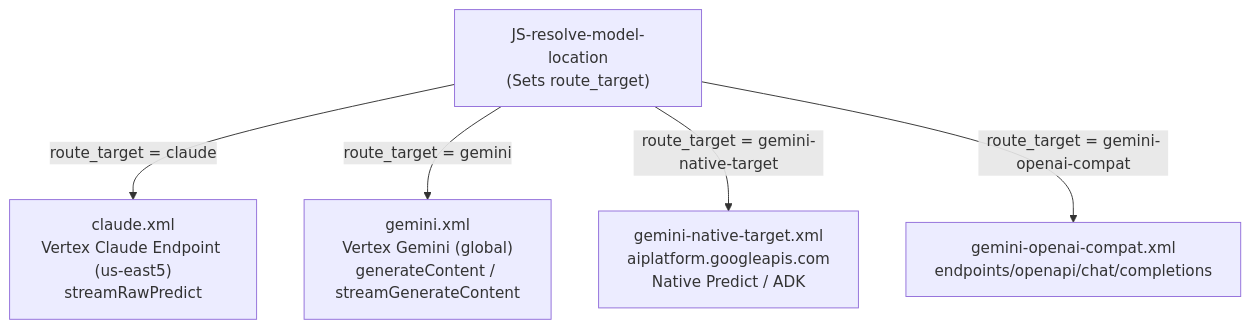
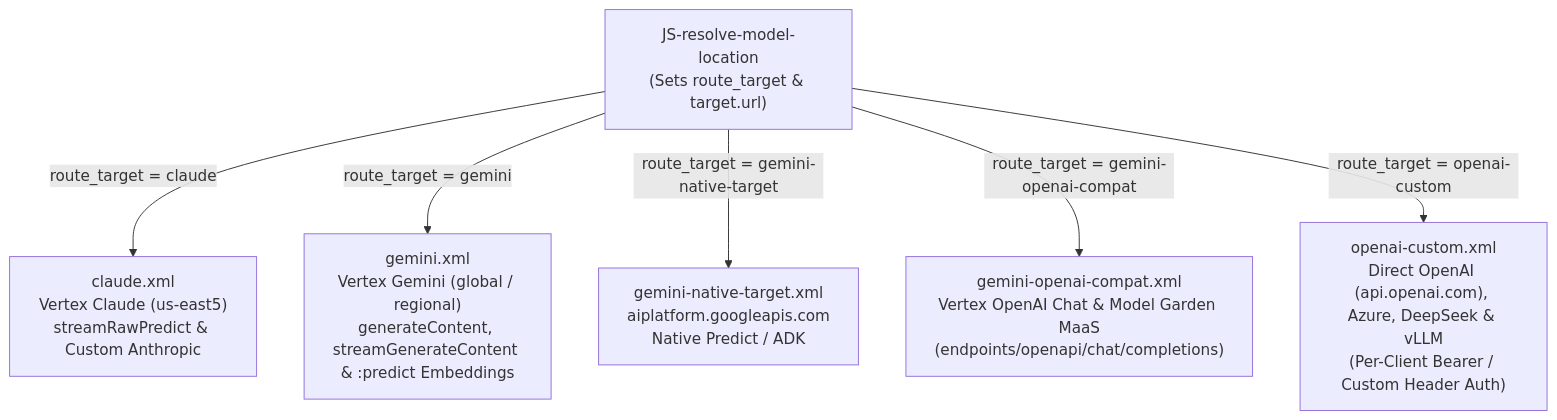
The diagram in docs/proxy-deep-dive/targets-and-routing.md (ra2085/ai-gw-sample), drawn with Mermaid before and after one commit. The commit also changed other lines of this file and 137 other files, not shown here.

````diff
--- a/docs/proxy-deep-dive/targets-and-routing.md
+++ b/docs/proxy-deep-dive/targets-and-routing.md
@@ -9,14 +9,16 @@
 ```mermaid
 graph TD
-    Router["JS-resolve-model-location<br/>(Sets route_target)"]
+    Router["JS-resolve-model-location<br/>(Sets route_target & target.url)"]
 
-    T_Claude["claude.xml<br/>Vertex Claude Endpoint (us-east5)<br/>streamRawPredict"]
-    T_Gemini["gemini.xml<br/>Vertex Gemini (global)<br/>generateContent / streamGenerateContent"]
+    T_Claude["claude.xml<br/>Vertex Claude (us-east5)<br/>streamRawPredict & Custom Anthropic"]
+    T_Gemini["gemini.xml<br/>Vertex Gemini (global / regional)<br/>generateContent, streamGenerateContent & :predict Embeddings"]
     T_GeminiNat["gemini-native-target.xml<br/>aiplatform.googleapis.com<br/>Native Predict / ADK"]
-    T_OpenAI["gemini-openai-compat.xml<br/>endpoints/openapi/chat/completions"]
+    T_OpenAIVertex["gemini-openai-compat.xml<br/>Vertex OpenAI Chat & Model Garden MaaS<br/>(endpoints/openapi/chat/completions)"]
+    T_OpenAICustom["openai-custom.xml<br/>Direct OpenAI (api.openai.com), Azure, DeepSeek & vLLM<br/>(Per-Client Bearer / Custom Header Auth)"]
 
     Router -->|route_target = claude| T_Claude
     Router -->|route_target = gemini| T_Gemini
     Router -->|route_target = gemini-native-target| T_GeminiNat
-    Router -->|route_target = gemini-openai-compat| T_OpenAI
+    Router -->|route_target = gemini-openai-compat| T_OpenAIVertex
+    Router -->|route_target = openai-custom| T_OpenAICustom
 ```
````
